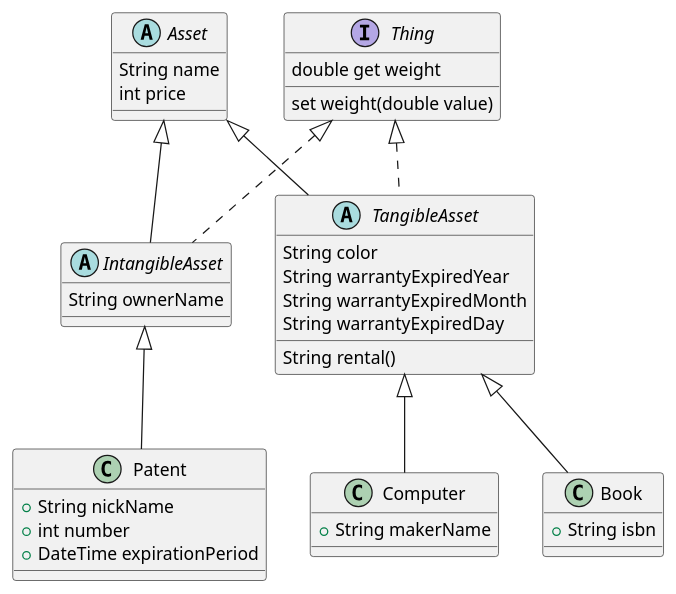
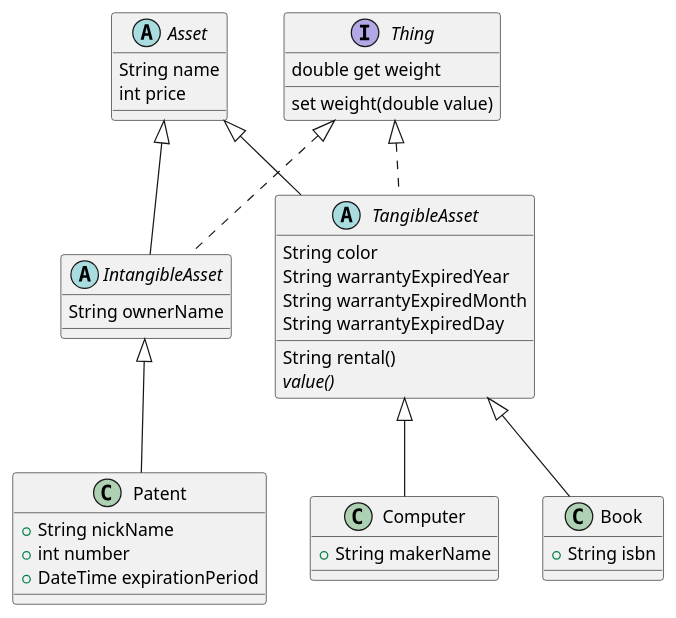
The diagram in lib/240313/uml/practice_3_uml.puml (orm-camp-flutter-2ki/learn_dart_together), drawn with PlantUML before and after one commit.

Commit message:
feat: 추상 메소드 추가

```diff
--- a/lib/240313/uml/practice_3_uml.puml
+++ b/lib/240313/uml/practice_3_uml.puml
@@ -1,47 +1,48 @@
 @startuml
 
 abstract class Asset {
 String name
 int price
 }
 
 interface Thing {
 double get weight
 set weight(double value)
 }
 
 '무형 자산
 abstract class IntangibleAsset extends Asset implements Thing {
 String ownerName
 }
 
 '유형 자산
 abstract class TangibleAsset extends Asset implements Thing {
 String color
 String warrantyExpiredYear
 String warrantyExpiredMonth
 String warrantyExpiredDay
 
 String rental()
+{abstract} value()
 }
 
 '무형 자산 상속
 class Patent extends IntangibleAsset {
 '특허 명칭
 + String nickName
 '특허 번호
 + int number
 + DateTime expirationPeriod
 }
 
 '유형 자산 상속
 class Book extends TangibleAsset {
 + String isbn
 }
 
 '유형 자산 상속
 class Computer extends TangibleAsset {
 + String makerName
 }
 
 @enduml
```
